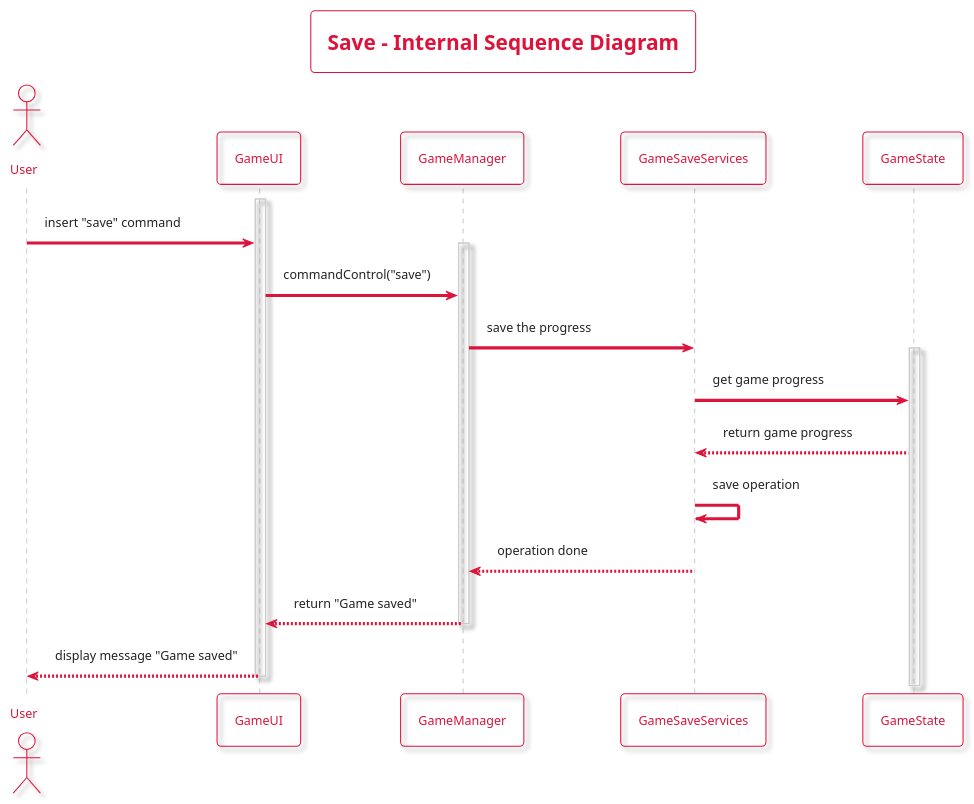
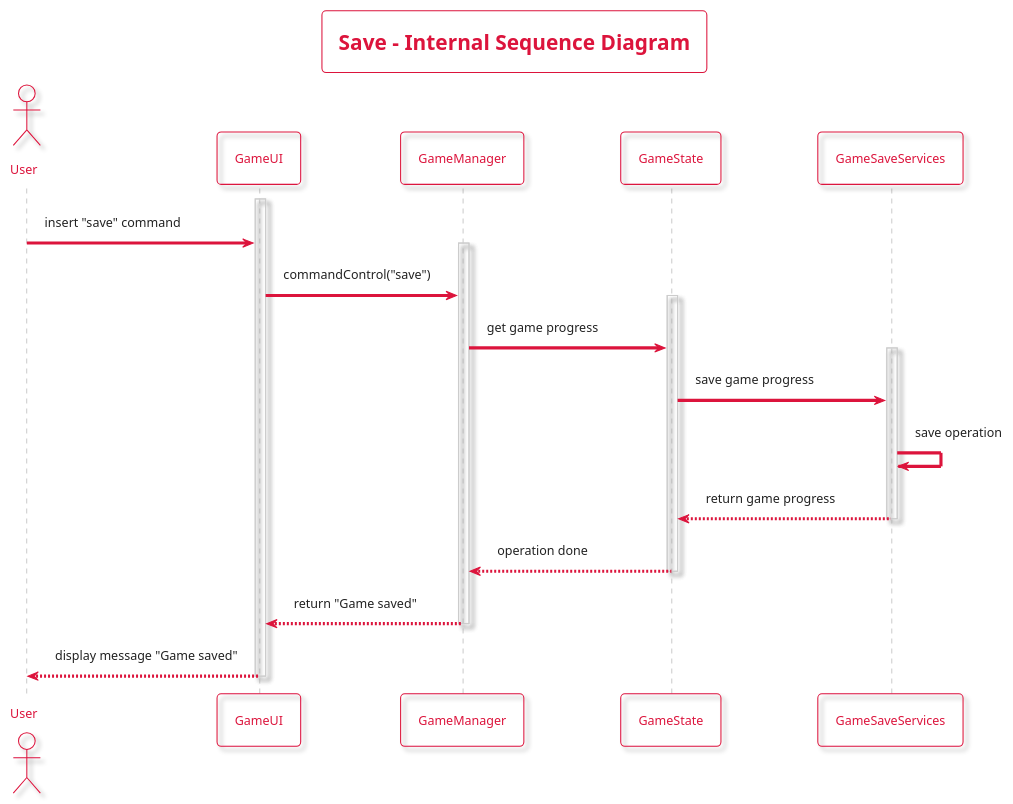
Before and after one commit to LimeiGuan/Text_Adventure_Game: the diagram in docs/uml/SaveInternalSequenceDiagram.plantuml, drawn with PlantUML.

```diff
--- a/docs/uml/SaveInternalSequenceDiagram.plantuml
+++ b/docs/uml/SaveInternalSequenceDiagram.plantuml
@@ -1,48 +1,48 @@
 @startuml SaveInternalSequenceDiagram
 
 !theme materia-outline
 
 skinparam ArrowColor #DC143C
 skinparam BackgroundColor #FFFFFF
 
 skinparam titleBorderColor #DC143C
 skinparam titleFontColor #DC143C
 
 skinparam ActorBorderColor #DC143C
 skinparam ActorFontColor #DC143C
 
 skinparam ParticipantFontColor #DC143C
 skinparam ParticipantBorderColor #DC143C
 
 title Save - Internal Sequence Diagram
 
 actor User
 participant GameUI
 participant GameManager
+participant GameState
 participant GameSaveServices
-participant GameState
 
 activate GameUI
 User -> GameUI : insert "save" command
 
 activate GameManager
 GameUI -> GameManager : commandControl("save")
+activate GameState
+GameManager -> GameState : get game progress
 
-GameManager -> GameSaveServices : save the progress
+activate GameSaveServices
+GameState -> GameSaveServices : save game progress
+GameSaveServices -> GameSaveServices : save operation
+GameSaveServices --> GameState : return game progress
+deactivate GameSaveServices
 
-activate GameState
-GameSaveServices -> GameState : get game progress
-GameState --> GameSaveServices : return game progress
-
-GameSaveServices -> GameSaveServices : save operation
-
-GameSaveServices --> GameManager : operation done
-deactivate GameSaveServices
+GameState --> GameManager : operation done
+deactivate GameState
 
 GameManager --> GameUI : return "Game saved"
 deactivate GameManager
 
 GameUI --> User : display message "Game saved"
 deactivate GameUI
 
 @enduml
```
